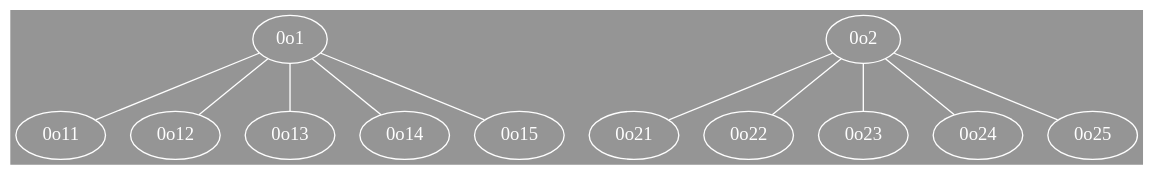
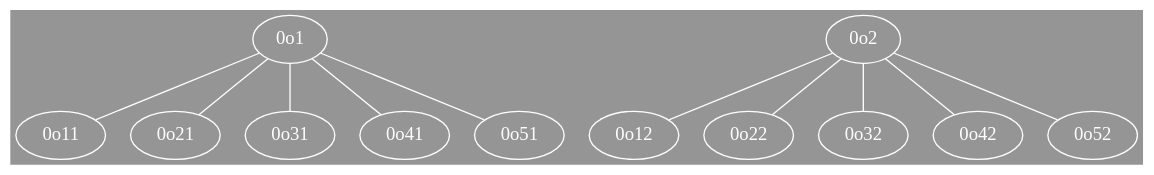
The second of 3 diagrams in docs/network_docs/topology.rst (nRF24/CircuitPython_nRF24L01), drawn with Graphviz before and after one commit. The commit also changed other lines of this file, not shown here.

Commit message:
fix topology graphs

```diff
--- a/docs/network_docs/topology.rst
+++ b/docs/network_docs/topology.rst
@@ -30,28 +30,28 @@
 .. graphviz::
     :caption: Network Level 1 (demonstrating only 2 child nodes as parents)
 
     digraph "NetworkTopology1" {
         bgcolor="#39393988"
         "0o1" [fontcolor="#FEFEFE" color="#FEFEFE"];
         "0o2" [fontcolor="#FEFEFE" color="#FEFEFE"];
         "0o11" [fontcolor="#FEFEFE" color="#FEFEFE"];
+        "0o21" [fontcolor="#FEFEFE" color="#FEFEFE"];
+        "0o31" [fontcolor="#FEFEFE" color="#FEFEFE"];
+        "0o41" [fontcolor="#FEFEFE" color="#FEFEFE"];
+        "0o51" [fontcolor="#FEFEFE" color="#FEFEFE"];
         "0o12" [fontcolor="#FEFEFE" color="#FEFEFE"];
-        "0o13" [fontcolor="#FEFEFE" color="#FEFEFE"];
-        "0o14" [fontcolor="#FEFEFE" color="#FEFEFE"];
-        "0o15" [fontcolor="#FEFEFE" color="#FEFEFE"];
-        "0o21" [fontcolor="#FEFEFE" color="#FEFEFE"];
         "0o22" [fontcolor="#FEFEFE" color="#FEFEFE"];
-        "0o23" [fontcolor="#FEFEFE" color="#FEFEFE"];
-        "0o24" [fontcolor="#FEFEFE" color="#FEFEFE"];
-        "0o25" [fontcolor="#FEFEFE" color="#FEFEFE"];
+        "0o32" [fontcolor="#FEFEFE" color="#FEFEFE"];
+        "0o42" [fontcolor="#FEFEFE" color="#FEFEFE"];
+        "0o52" [fontcolor="#FEFEFE" color="#FEFEFE"];
         "0o1" -> "0o11"  [arrowhead=none color="#FEFEFE"];
-        "0o1" -> "0o12"  [arrowhead=none color="#FEFEFE"];
-        "0o1" -> "0o13"  [arrowhead=none color="#FEFEFE"];
-        "0o1" -> "0o14"  [arrowhead=none color="#FEFEFE"];
-        "0o1" -> "0o15"  [arrowhead=none color="#FEFEFE"];
-        "0o2" -> "0o21"  [arrowhead=none color="#FEFEFE"];
+        "0o1" -> "0o21"  [arrowhead=none color="#FEFEFE"];
+        "0o1" -> "0o31"  [arrowhead=none color="#FEFEFE"];
+        "0o1" -> "0o41"  [arrowhead=none color="#FEFEFE"];
+        "0o1" -> "0o51"  [arrowhead=none color="#FEFEFE"];
+        "0o2" -> "0o12"  [arrowhead=none color="#FEFEFE"];
         "0o2" -> "0o22"  [arrowhead=none color="#FEFEFE"];
-        "0o2" -> "0o23"  [arrowhead=none color="#FEFEFE"];
-        "0o2" -> "0o24"  [arrowhead=none color="#FEFEFE"];
-        "0o2" -> "0o25"  [arrowhead=none color="#FEFEFE"];
+        "0o2" -> "0o32"  [arrowhead=none color="#FEFEFE"];
+        "0o2" -> "0o42"  [arrowhead=none color="#FEFEFE"];
+        "0o2" -> "0o52"  [arrowhead=none color="#FEFEFE"];
     }
```
